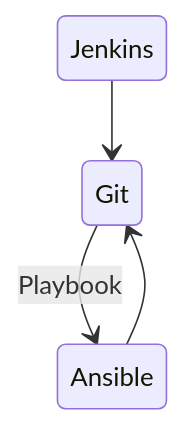
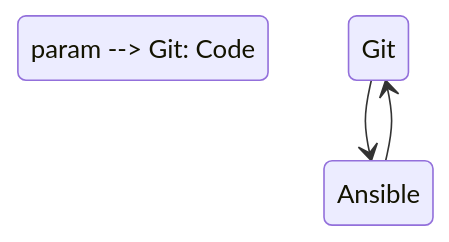
The diagram in README.md (Lifailon/Deploy-PS-Module), drawn with Mermaid before and after one commit.

Commit message:
test state

````diff
--- a/README.md
+++ b/README.md
@@ -7,6 +7,6 @@
 ```mermaid
 stateDiagram-v2
-    Jenkins --> Git
-    Git --> Ansible: Playbook
+    Jenkins: param --> Git: Code
+    Git --> Ansible
     Ansible --> Git
 ```
````
